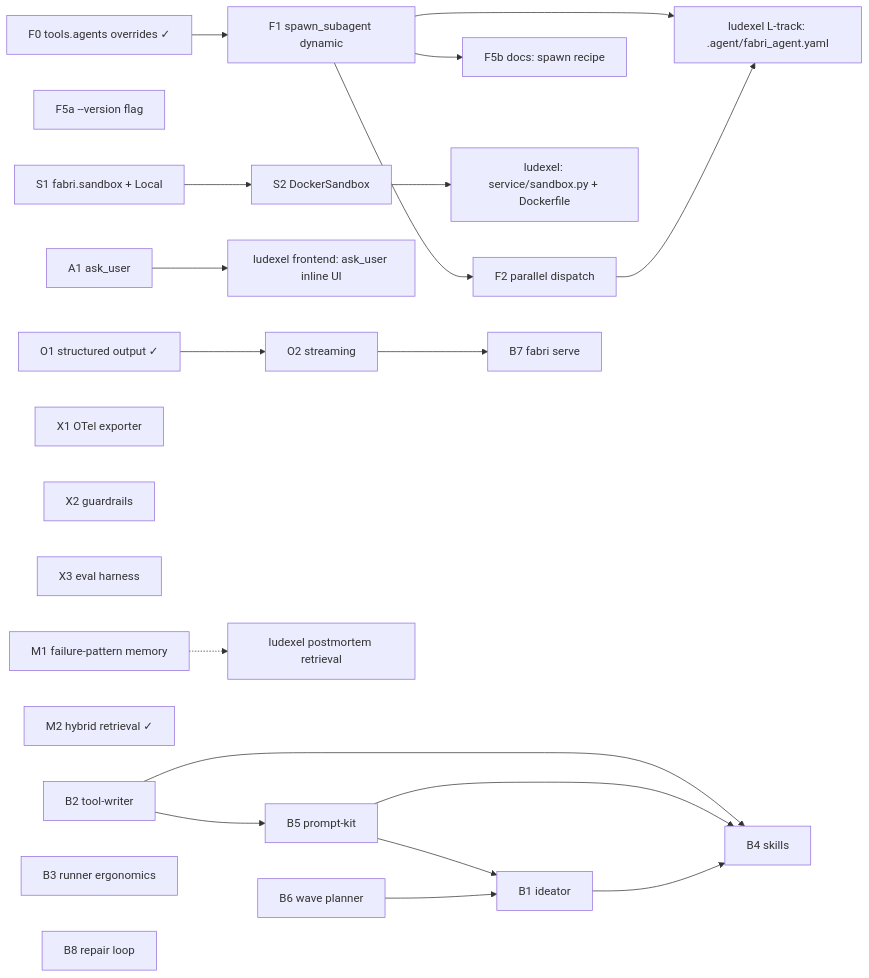
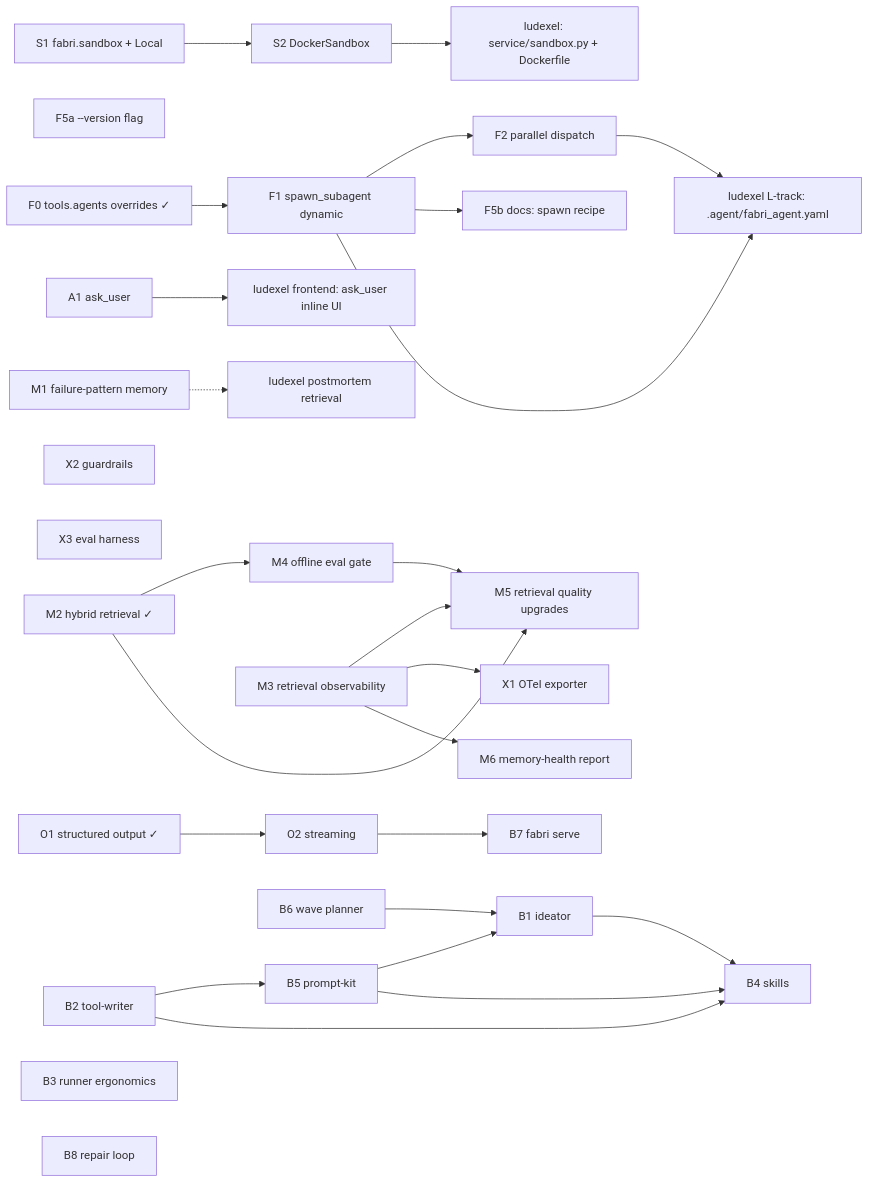
Before and after one commit to Rushour0/fabri: the diagram in docs/ROADMAP.md, drawn with Mermaid. The commit also changed other lines of this file and 1 other file, not shown here.

First line of the commit message:
docs(memory): scope memory-retrieval + observability initiative (M3-M6, X1)

````diff
--- a/docs/ROADMAP.md
+++ b/docs/ROADMAP.md
@@ -132,27 +143,33 @@
 ```mermaid
 flowchart LR
     F0[F0 tools.agents overrides ✓] --> F1[F1 spawn_subagent dynamic]
     F1 --> F2[F2 parallel dispatch]
     F1 --> F5b[F5b docs: spawn recipe]
     F5a[F5a --version flag]
     S1[S1 fabri.sandbox + Local] --> S2[S2 DockerSandbox]
     F1 --> LX[ludexel L-track: .agent/fabri_agent.yaml]
     F2 --> LX
     S2 --> LXS[ludexel: service/sandbox.py + Dockerfile]
     A1[A1 ask_user] --> LXFE[ludexel frontend: ask_user inline UI]
     O1[O1 structured output ✓] --> O2[O2 streaming]
-    X1[X1 OTel exporter]
     X2[X2 guardrails]
     X3[X3 eval harness]
     M1[M1 failure-pattern memory] -.-> LXPM[ludexel postmortem retrieval]
     M2[M2 hybrid retrieval ✓]
+    %% Memory + observability initiative (docs/design/memory-observability-plan.md)
+    M3[M3 retrieval observability] --> M5[M5 retrieval quality upgrades]
+    M4[M4 offline eval gate] --> M5
+    M3 --> X1[X1 OTel exporter]
+    M3 --> M6[M6 memory-health report]
+    M2 --> M4
+    M2 --> M5
     B2[B2 tool-writer] --> B5[B5 prompt-kit]
     B5 --> B1[B1 ideator]
     B2 --> B4[B4 skills]
     B5 --> B4
     B1 --> B4
     B6[B6 wave planner] --> B1
     B3[B3 runner ergonomics]
     O2 --> B7[B7 fabri serve]
     B8[B8 repair loop]
 ```
````
